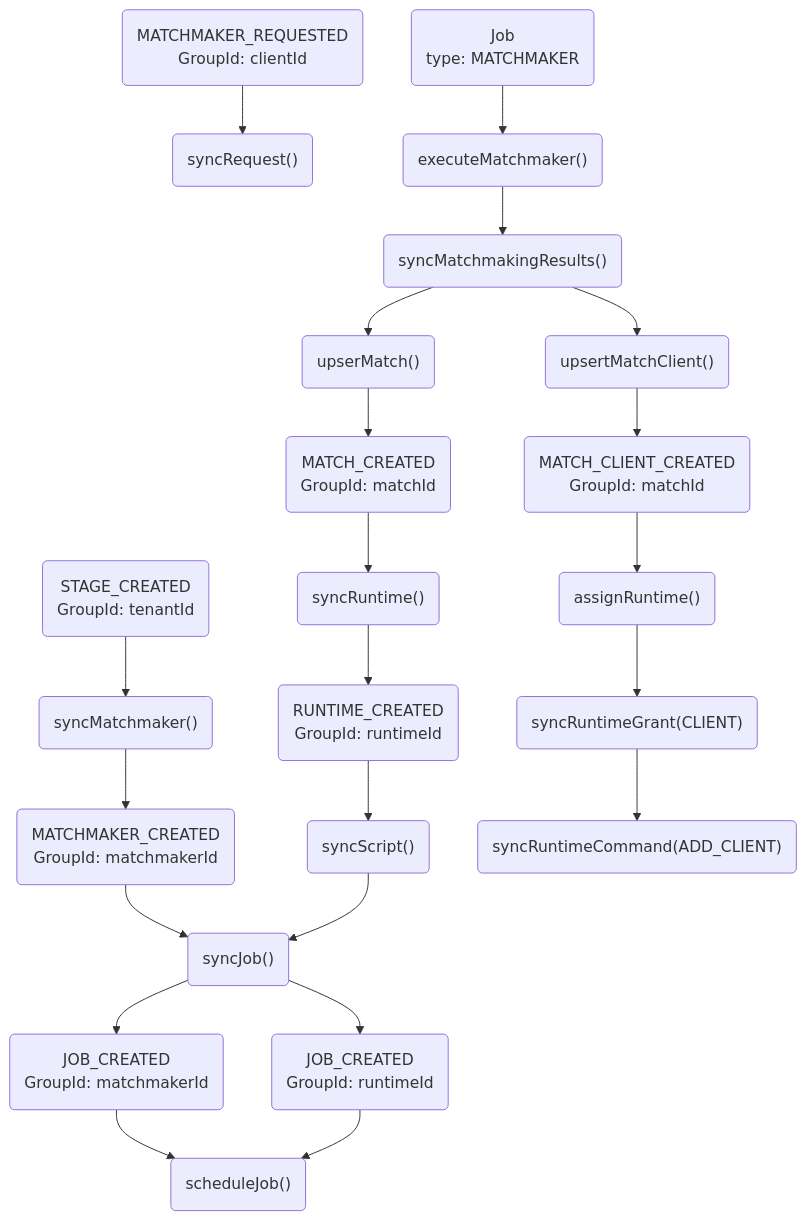
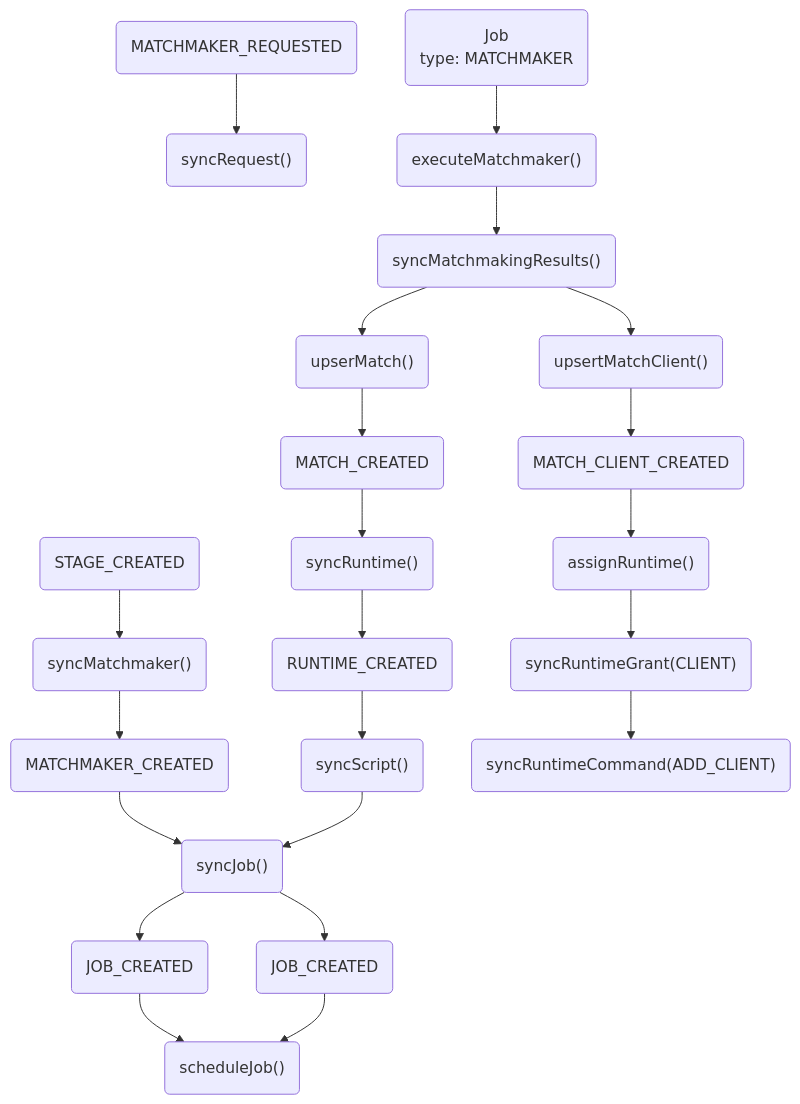
Before and after one commit to OMGSERVERS/omgservers: the diagram in omgservers-documentation/Matchmaking.md, drawn with Mermaid. The commit also changed 2 other files, not shown here.

Commit message:
Clean up docs

````diff
--- a/omgservers-documentation/Matchmaking.md
+++ b/omgservers-documentation/Matchmaking.md
@@ -3,30 +3,30 @@
 ```mermaid
 graph TD;
 
-StageCreated(STAGE_CREATED<br/>GroupId: tenantId) --> syncMatchmaker("syncMatchmaker()")
-syncMatchmaker("syncMatchmaker()") --> MatchmakerCreated(MATCHMAKER_CREATED<br/>GroupId: matchmakerId)
-MatchmakerCreated(MATCHMAKER_CREATED<br/>GroupId: matchmakerId) --> syncJob("syncJob()")
-syncJob("syncJob()") --> JobMatchmakerCreated(JOB_CREATED<br/>GroupId: matchmakerId)
-JobMatchmakerCreated(JOB_CREATED<br/>GroupId: matchmakerId) --> scheduleJob("scheduleJob()")
+StageCreated(STAGE_CREATED) --> syncMatchmaker("syncMatchmaker()")
+syncMatchmaker("syncMatchmaker()") --> MatchmakerCreated(MATCHMAKER_CREATED)
+MatchmakerCreated(MATCHMAKER_CREATED) --> syncJob("syncJob()")
+syncJob("syncJob()") --> JobMatchmakerCreated(JOB_CREATED)
+JobMatchmakerCreated(JOB_CREATED) --> scheduleJob("scheduleJob()")
 
-MatchmakerRequested(MATCHMAKER_REQUESTED<br/>GroupId: clientId) --> syncRequest("syncRequest()")
+MatchmakerRequested(MATCHMAKER_REQUESTED) --> syncRequest("syncRequest()")
 
 MatchmakerJob(Job<br/>type: MATCHMAKER) --> executeMatchmaker("executeMatchmaker()")
 executeMatchmaker("executeMatchmaker()") --> syncMatchmakingResults("syncMatchmakingResults()")
 
 syncMatchmakingResults("syncMatchmakingResults()") --> upserMatch("upserMatch()")
-upserMatch("upserMatch()") --> MatchCreated(MATCH_CREATED<br/>GroupId: matchId)
-MatchCreated(MATCH_CREATED<br/>GroupId: matchId) --> syncRuntime("syncRuntime()")
-syncRuntime("syncRuntime()") --> RuntimeCreated(RUNTIME_CREATED<br/>GroupId: runtimeId)
-RuntimeCreated(RUNTIME_CREATED<br/>GroupId: runtimeId) --> syncScript("syncScript()")
-syncJob("syncJob()") --> JobRuntimeCreated(JOB_CREATED<br/>GroupId: runtimeId)
-JobRuntimeCreated(JOB_CREATED<br/>GroupId: runtimeId) --> scheduleJob("scheduleJob()")
+upserMatch("upserMatch()") --> MatchCreated(MATCH_CREATED)
+MatchCreated(MATCH_CREATED) --> syncRuntime("syncRuntime()")
+syncRuntime("syncRuntime()") --> RuntimeCreated(RUNTIME_CREATED)
+RuntimeCreated(RUNTIME_CREATED) --> syncScript("syncScript()")
+syncJob("syncJob()") --> JobRuntimeCreated(JOB_CREATED)
+JobRuntimeCreated(JOB_CREATED) --> scheduleJob("scheduleJob()")
 syncScript("syncScript()") --> syncJob("syncJob()")
 
 syncMatchmakingResults("syncMatchmakingResults()") --> upsertMatchClient("upsertMatchClient()")
-upsertMatchClient("upsertMatchClient()") --> MatchClientCreated(MATCH_CLIENT_CREATED<br/>GroupId: matchId)
-MatchClientCreated(MATCH_CLIENT_CREATED<br/>GroupId: matchId) --> assignRuntime("assignRuntime()")
+upsertMatchClient("upsertMatchClient()") --> MatchClientCreated(MATCH_CLIENT_CREATED)
+MatchClientCreated(MATCH_CLIENT_CREATED) --> assignRuntime("assignRuntime()")
 assignRuntime("assignRuntime()") --> syncRuntimeGrant("syncRuntimeGrant(CLIENT)")
 syncRuntimeGrant("syncRuntimeGrant(CLIENT)") --> syncRuntimeCommand("syncRuntimeCommand(ADD_CLIENT)")
 
 ```
````
